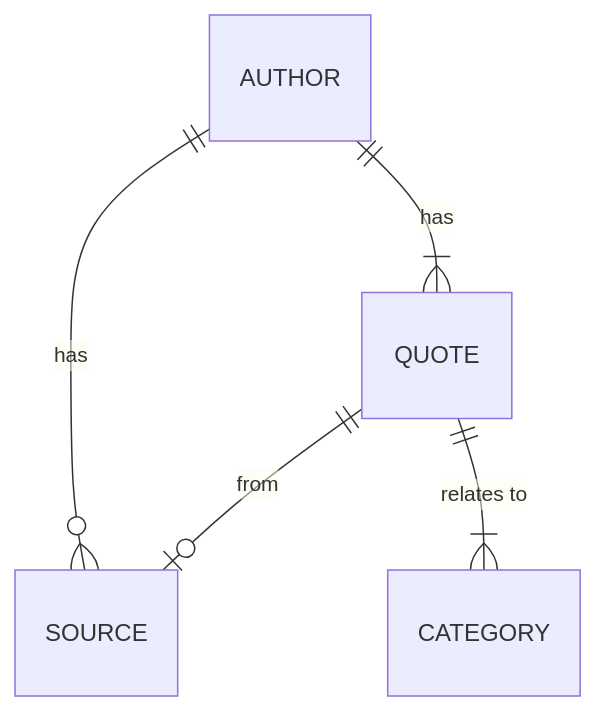
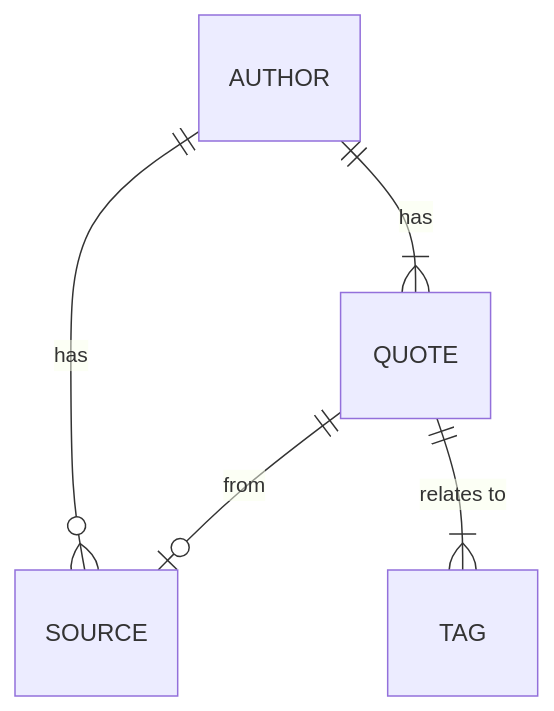
Before and after one commit to fkirchhoff/quotes.floriank.org: the diagram in README.md, drawn with Mermaid. The commit also changed other lines of this file, not shown here.

````diff
--- a/README.md
+++ b/README.md
@@ -1,7 +36,7 @@
 ```mermaid
 erDiagram
     AUTHOR ||--|{ QUOTE : has
     QUOTE ||--o| SOURCE : from
     AUTHOR ||--o{ SOURCE : has
-    QUOTE ||--|{ CATEGORY : "relates to"
+    QUOTE ||--|{ TAG : "relates to"
 ```
````
